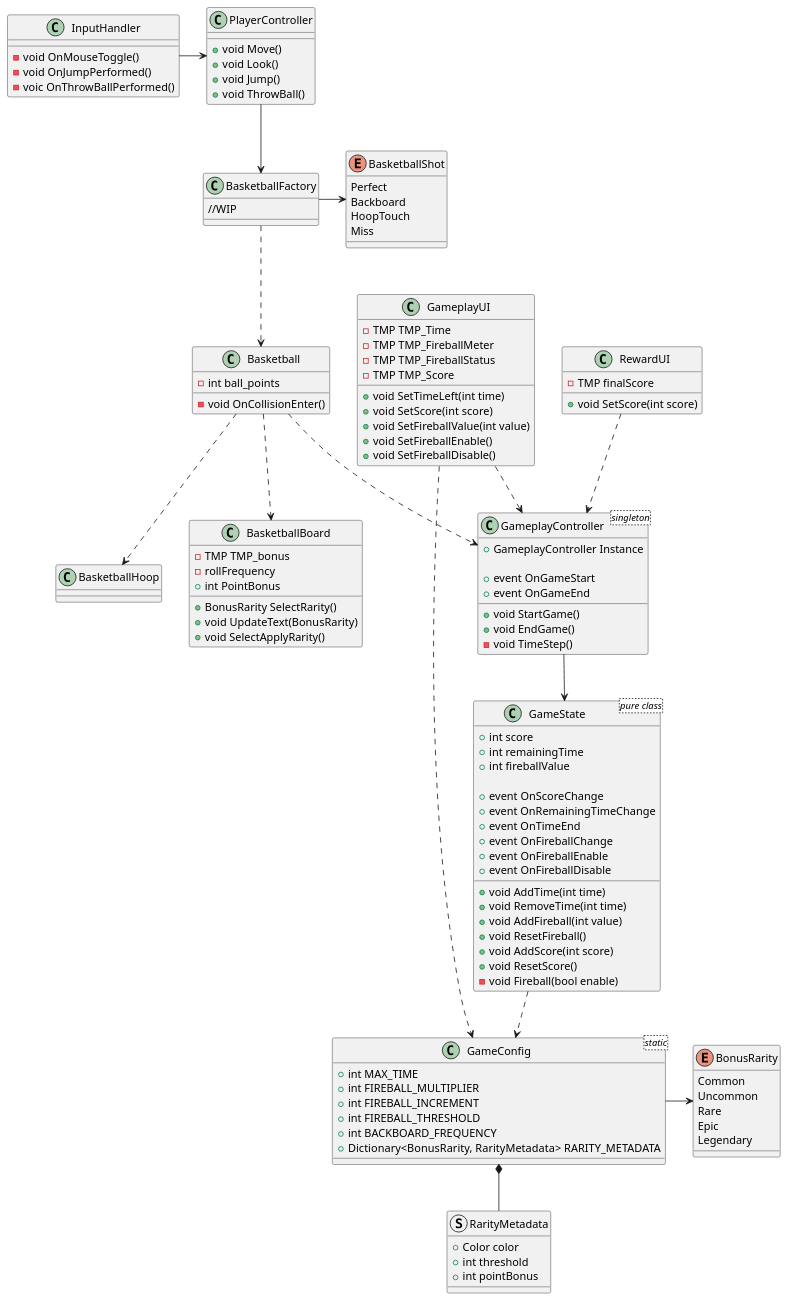
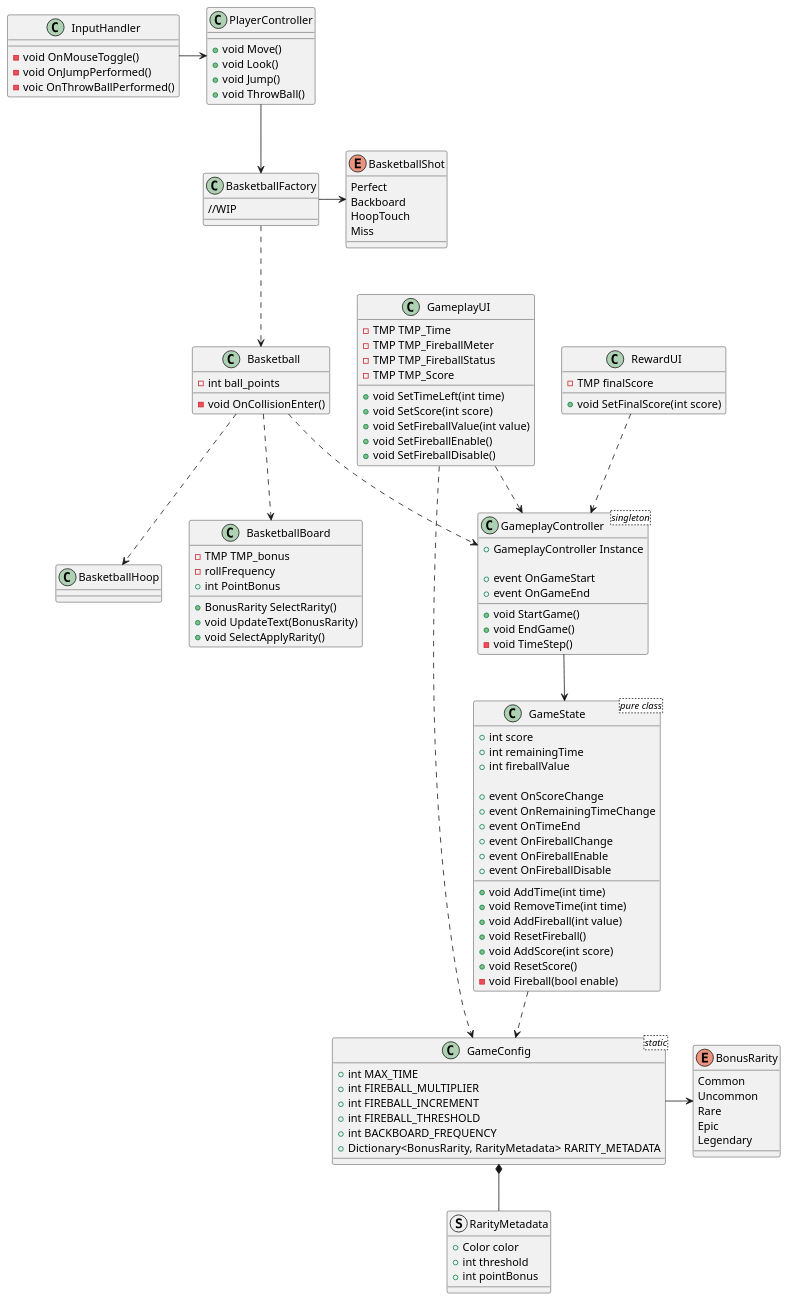
The diagram in Docs/ApplicationDiagram.puml (ItsAuro/grzegorz.mikulski.basket-challenge), drawn with PlantUML before and after one commit. The commit also changed 5 other files, not shown here.

```diff
--- a/Docs/ApplicationDiagram.puml
+++ b/Docs/ApplicationDiagram.puml
@@ -1,145 +1,145 @@
 'UTILITY AND CONFIG'
 class "GameConfig<static>" as GameConfig{
   + int MAX_TIME
   + int FIREBALL_MULTIPLIER
   + int FIREBALL_INCREMENT
   + int FIREBALL_THRESHOLD
   + int BACKBOARD_FREQUENCY
   + Dictionary<BonusRarity, RarityMetadata> RARITY_METADATA
 }
 enum BonusRarity{
   Common
   Uncommon
   Rare
   Epic
   Legendary
 }
 struct RarityMetadata{
   + Color color
   + int threshold
   + int pointBonus
 }
 
 enum BasketballShot{
   Perfect
   Backboard
   HoopTouch
   Miss
 }
 class "GameState<pure class>" as GameState{
   + int score
   + int remainingTime
   + int fireballValue
   
   + event OnScoreChange
   + event OnRemainingTimeChange
   + event OnTimeEnd
   + event OnFireballChange
   + event OnFireballEnable
   + event OnFireballDisable
   
   + void AddTime(int time)
   + void RemoveTime(int time)
   + void AddFireball(int value)
   + void ResetFireball()
   + void AddScore(int score)
   + void ResetScore()
   - void Fireball(bool enable)
 }
 class "GameplayController<singleton>" as GameplayController{
   + GameplayController Instance
   
   + event OnGameStart
   + event OnGameEnd
 
   + void StartGame()
   + void EndGame()
   - void TimeStep()
   
 }
 
 'PLAYER CLASSES'
 class InputHandler{
   - void OnMouseToggle()
   - void OnJumpPerformed()
   - voic OnThrowBallPerformed()
 }
 class PlayerController{
   + void Move()
   + void Look()
   + void Jump()
   + void ThrowBall()
 }
 
 'UI ELEMENTS'
 class GameplayUI{
   - TMP TMP_Time
   - TMP TMP_FireballMeter
   - TMP TMP_FireballStatus
   - TMP TMP_Score
   
   + void SetTimeLeft(int time)
   + void SetScore(int score)
   + void SetFireballValue(int value)
   + void SetFireballEnable()
   + void SetFireballDisable()
 }
 class RewardUI{
   - TMP finalScore
   
-  + void SetScore(int score)
+  + void SetFinalScore(int score)
 }
 
 
 'BASKET RELATED CLASSES'
 class BasketballHoop{
 
 }
 class BasketballBoard{
   - TMP TMP_bonus
   - rollFrequency
   + int PointBonus
   
   + BonusRarity SelectRarity()
   + void UpdateText(BonusRarity)
   + void SelectApplyRarity()
 }
 class BasketballFactory{
   //WIP
 }
 class Basketball{
   - int ball_points
   - void OnCollisionEnter() 
 }
 note left of Basketball::OnCollision()
 - Detect hoop collision
 - Detect board collision
 - Detect scored
 end note
 
 
 
 
 
 
 
 
 
 InputHandler -> PlayerController
 PlayerController --> BasketballFactory
 
 GameplayController --> GameState
 GameState ..> GameConfig
 GameConfig -> BonusRarity
 GameConfig *-- RarityMetadata
 
 GameplayUI ..> GameplayController
 GameplayUI ..> GameConfig
 RewardUI ..> GameplayController
 
 BasketballFactory -> BasketballShot
 BasketballFactory ..> Basketball
 
 Basketball ..> BasketballHoop
 Basketball ..> BasketballBoard
 Basketball ..> GameplayController
```
